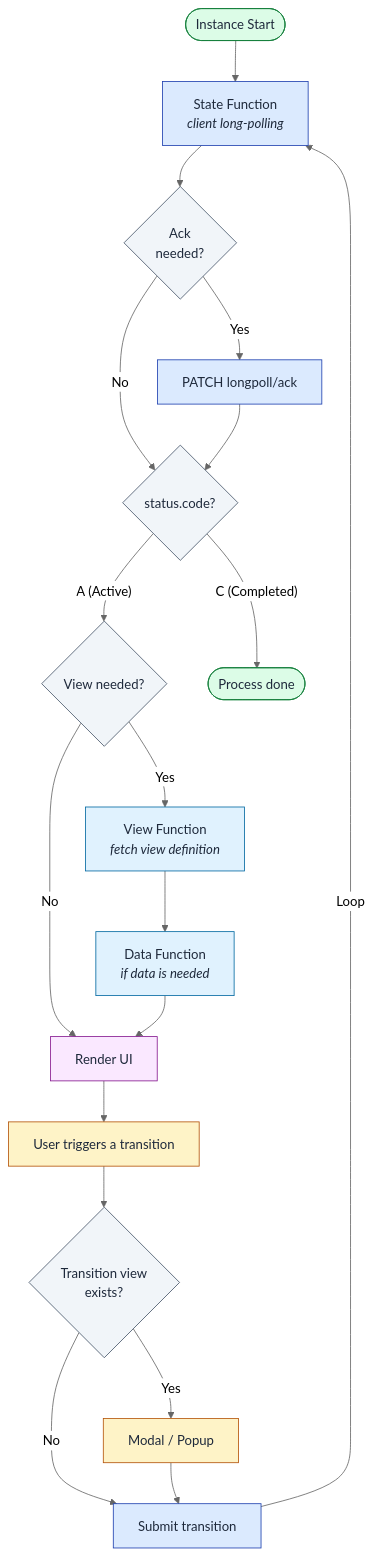
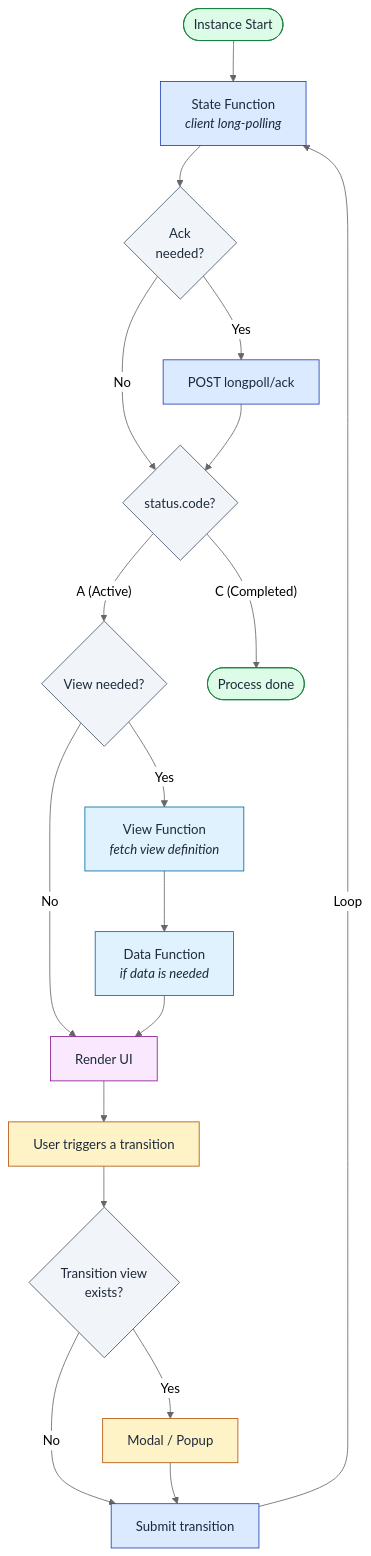
Before and after one commit to burgan-tech/vnext-docs: the diagram in i18n/en/docusaurus-plugin-content-docs/current/concepts/user-integration.md, drawn with Mermaid (neutral theme). The commit also changed other lines of this file and 43 other files, not shown here.

````diff
--- a/i18n/en/docusaurus-plugin-content-docs/current/concepts/user-integration.md
+++ b/i18n/en/docusaurus-plugin-content-docs/current/concepts/user-integration.md
@@ -15,41 +15,41 @@
 ```mermaid
 flowchart TD
   Start(["Instance Start"]) --> StateFn["State Function<br/><i>client long-polling</i>"]
 
   StateFn --> AckCheck{"Ack\nneeded?"}
-  AckCheck -->|Yes| Ack["PATCH longpoll/ack"]
+  AckCheck -->|Yes| Ack["POST longpoll/ack"]
   AckCheck -->|No| StatusCheck
   Ack --> StatusCheck
   StatusCheck{"status.code?"} -->|"A (Active)"| ViewCheck{"View needed?"}
   StatusCheck -->|"C (Completed)"| Done(["Process done"])
 
   ViewCheck -->|Yes| ViewFn["View Function<br/><i>fetch view definition</i>"]
   ViewCheck -->|No| Render
 
   ViewFn --> DataFn["Data Function<br/><i>if data is needed</i>"]
   DataFn --> Render["Render UI"]
 
   Render --> UserAction["User triggers a transition"]
   UserAction --> TransCheck{"Transition view<br/>exists?"}
 
   TransCheck -->|Yes| Modal["Modal / Popup"]
   TransCheck -->|No| Submit
 
   Modal --> Submit["Submit transition"]
   Submit -->|"Loop"| StateFn
 
   style Start fill:#dcfce7,stroke:#15803d,color:#1e293b
   style Done fill:#dcfce7,stroke:#15803d,color:#1e293b
   style StateFn fill:#dbeafe,stroke:#1e40af,color:#1e293b
   style StatusCheck fill:#f1f5f9,stroke:#475569,color:#1e293b
   style ViewCheck fill:#f1f5f9,stroke:#475569,color:#1e293b
   style TransCheck fill:#f1f5f9,stroke:#475569,color:#1e293b
   style ViewFn fill:#e0f2fe,stroke:#0369a1,color:#1e293b
   style DataFn fill:#e0f2fe,stroke:#0369a1,color:#1e293b
   style Render fill:#fae8ff,stroke:#86198f,color:#1e293b
   style UserAction fill:#fef3c7,stroke:#b45309,color:#1e293b
   style Modal fill:#fef3c7,stroke:#b45309,color:#1e293b
   style Submit fill:#dbeafe,stroke:#1e40af,color:#1e293b
   style AckCheck fill:#f1f5f9,stroke:#475569,color:#1e293b
   style Ack fill:#dbeafe,stroke:#1e40af,color:#1e293b
 ```
````
